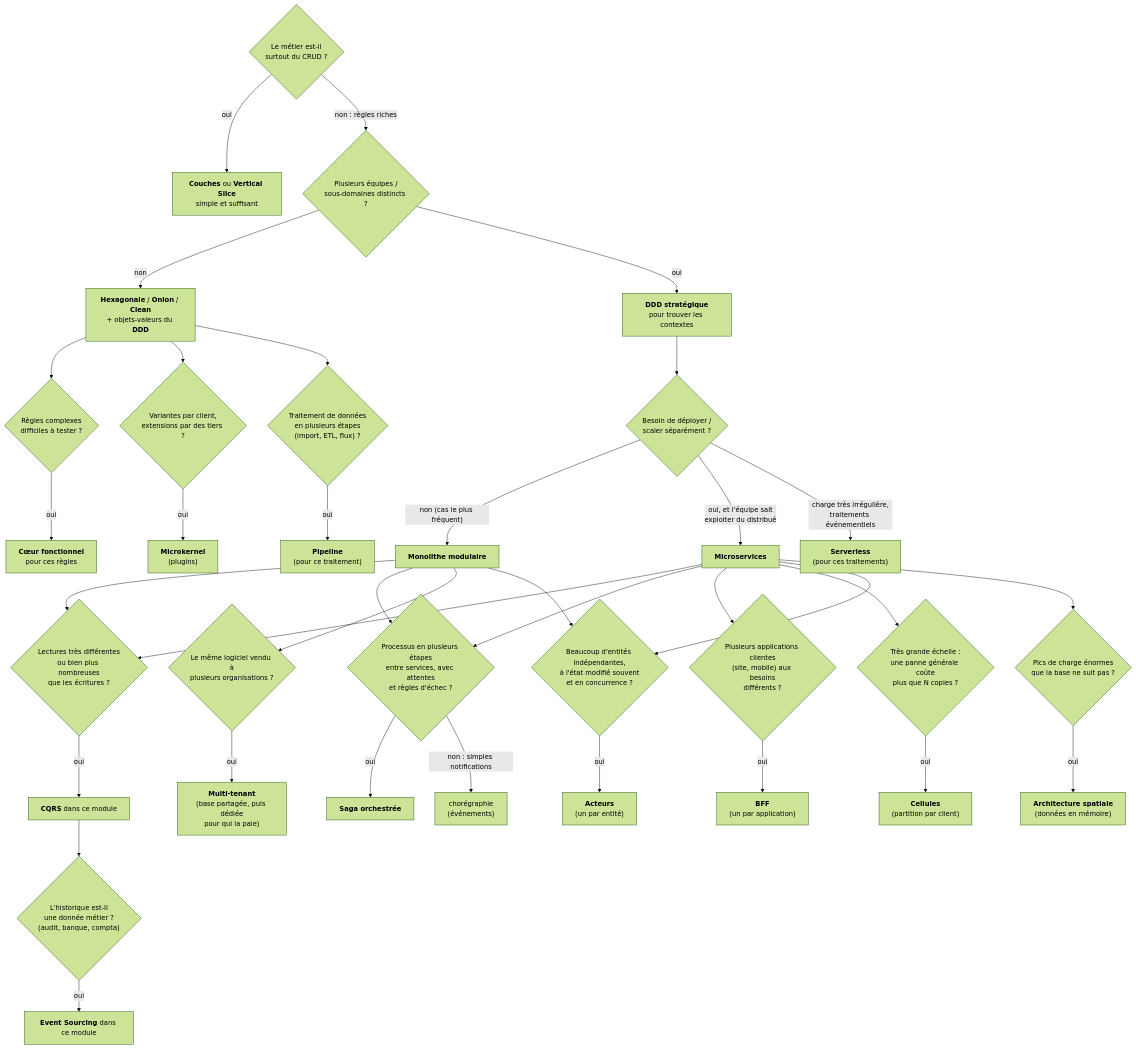
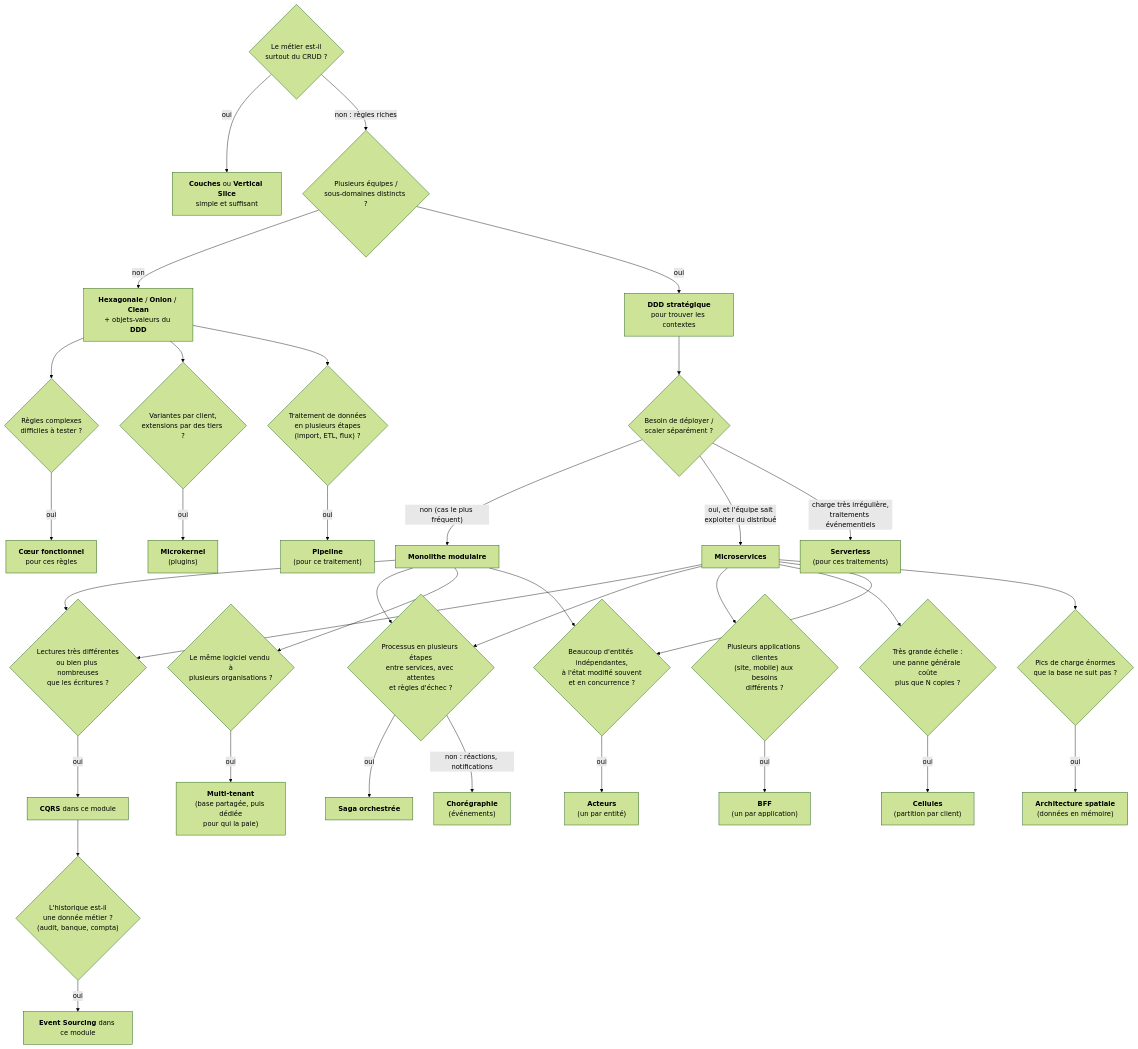
Before and after one commit to drangoht/ArchitecturesDemo: the third of 4 diagrams in Docs/README.md, drawn with Mermaid (forest theme). The commit also changed other lines of this file and 26 other files, not shown here.

````diff
--- a/Docs/README.md
+++ b/Docs/README.md
@@ -114,37 +116,37 @@
 ```mermaid
 flowchart TD
     A{"Le métier est-il<br/>surtout du CRUD ?"} -->|oui| B["<b>Couches</b> ou <b>Vertical Slice</b><br/>simple et suffisant"]
     A -->|"non : règles riches"| C{"Plusieurs équipes /<br/>sous-domaines distincts ?"}
     C -->|non| D["<b>Hexagonale</b> / <b>Onion</b> / <b>Clean</b><br/>+ objets-valeurs du <b>DDD</b>"]
     C -->|oui| E["<b>DDD stratégique</b><br/>pour trouver les contextes"]
     E --> F{"Besoin de déployer /<br/>scaler séparément ?"}
     F -->|"non (cas le plus fréquent)"| G["<b>Monolithe modulaire</b>"]
     F -->|"oui, et l'équipe sait<br/>exploiter du distribué"| H["<b>Microservices</b>"]
     F -->|"charge très irrégulière,<br/>traitements événementiels"| S["<b>Serverless</b><br/>(pour ces traitements)"]
     G --> I{"Lectures très différentes<br/>ou bien plus nombreuses<br/>que les écritures ?"}
     H --> I
     I -->|oui| J["<b>CQRS</b> dans ce module"]
     J --> K{"L'historique est-il<br/>une donnée métier ?<br/>(audit, banque, compta)"}
     K -->|oui| L["<b>Event Sourcing</b> dans ce module"]
     D --> M{"Règles complexes<br/>difficiles à tester ?"}
     M -->|oui| N["<b>Cœur fonctionnel</b><br/>pour ces règles"]
     D --> P{"Variantes par client,<br/>extensions par des tiers ?"}
     P -->|oui| Q["<b>Microkernel</b><br/>(plugins)"]
     D --> PL{"Traitement de données<br/>en plusieurs étapes<br/>(import, ETL, flux) ?"}
     PL -->|oui| PM["<b>Pipeline</b><br/>(pour ce traitement)"]
     H --> T{"Processus en plusieurs étapes<br/>entre services, avec attentes<br/>et règles d'échec ?"}
     G --> T
     T -->|oui| U["<b>Saga orchestrée</b>"]
-    T -->|"non : simples notifications"| V["chorégraphie<br/>(événements)"]
+    T -->|"non : réactions, notifications"| V["<b>Chorégraphie</b><br/>(événements)"]
     G --> W{"Le même logiciel vendu à<br/>plusieurs organisations ?"}
     W -->|oui| X["<b>Multi-tenant</b><br/>(base partagée, puis dédiée<br/>pour qui la paie)"]
     H --> Y{"Plusieurs applications clientes<br/>(site, mobile) aux besoins<br/>différents ?"}
     Y -->|oui| Z["<b>BFF</b><br/>(un par application)"]
     H --> CA{"Très grande échelle :<br/>une panne générale coûte<br/>plus que N copies ?"}
     CA -->|oui| CB["<b>Cellules</b><br/>(partition par client)"]
     G --> AC{"Beaucoup d'entités indépendantes,<br/>à l'état modifié souvent<br/>et en concurrence ?"}
     H --> AC
     AC -->|oui| AD["<b>Acteurs</b><br/>(un par entité)"]
     H --> SB{"Pics de charge énormes<br/>que la base ne suit pas ?"}
     SB -->|oui| SC["<b>Architecture spatiale</b><br/>(données en mémoire)"]
 ```
````
